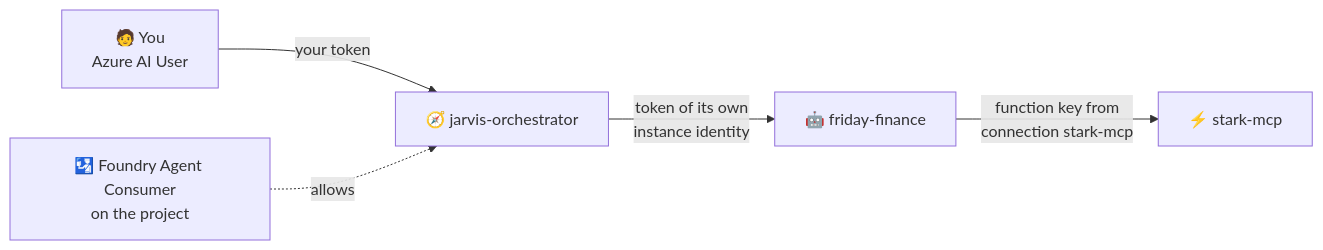
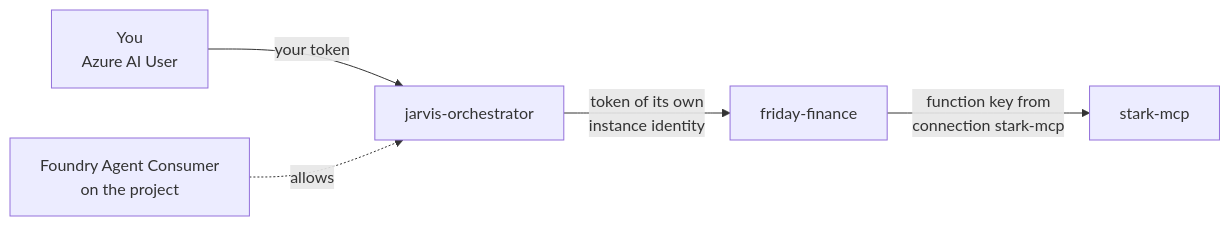
One commit to nampacx/MS-Foundry-from-0-to-hero changed the second of 2 diagrams in docs/capstone.md. Above: the diagram before and after it, drawn with Mermaid. The commit also changed other lines of this file and 37 other files, not shown here.

````diff
--- a/docs/capstone.md
+++ b/docs/capstone.md
@@ -73,7 +73,7 @@
 ```mermaid
 flowchart LR
-  U[🧑 You<br/>Azure AI User] -->|your token| O[🧭 jarvis-orchestrator]
-  O -->|token of its own<br/>instance identity| F[🤖 friday-finance]
-  F -->|function key from<br/>connection stark-mcp| M[⚡ stark-mcp]
-  R[🛂 Foundry Agent Consumer<br/>on the project] -.->|allows| O
+  U[You<br/>Azure AI User] -->|your token| O[jarvis-orchestrator]
+  O -->|token of its own<br/>instance identity| F[friday-finance]
+  F -->|function key from<br/>connection stark-mcp| M[stark-mcp]
+  R[Foundry Agent Consumer<br/>on the project] -.->|allows| O
 ```
````
